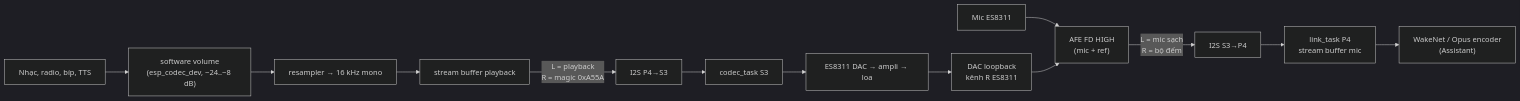
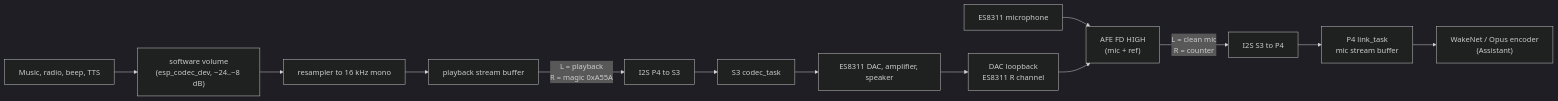
The second of 2 diagrams in docs/ARCHITECTURE.md (ngttai/p4c5_sticks3_coprocessor), drawn with Mermaid (dark theme) before and after one commit. The commit also changed other lines of this file and 45 other files, not shown here.

````diff
--- a/docs/ARCHITECTURE.md
+++ b/docs/ARCHITECTURE.md
@@ -46,16 +46,16 @@
 ```mermaid
 flowchart LR
-    MIC["Mic ES8311"] --> AFE["AFE FD HIGH<br/>(mic + ref)"]
-    REF["DAC loopback<br/>kênh R ES8311"] --> AFE
-    AFE -->|"L = mic sạch<br/>R = bộ đếm"| LINKTX["I2S S3→P4"]
-    LINKTX --> RX["link_task P4<br/>stream buffer mic"]
+    MIC["ES8311 microphone"] --> AFE["AFE FD HIGH<br/>(mic + ref)"]
+    REF["DAC loopback<br/>ES8311 R channel"] --> AFE
+    AFE -->|"L = clean mic<br/>R = counter"| LINKTX["I2S S3 to P4"]
+    LINKTX --> RX["P4 link_task<br/>mic stream buffer"]
     RX --> WAKE["WakeNet / Opus encoder<br/>(Assistant)"]
 
-    APP["Nhạc, radio, bíp, TTS"] --> VOL["software volume<br/>(esp_codec_dev, −24..−8 dB)"]
-    VOL --> RS["resampler → 16 kHz mono"]
-    RS --> PSB["stream buffer playback"]
-    PSB -->|"L = playback<br/>R = magic 0xA55A"| LINKRX["I2S P4→S3"]
-    LINKRX --> CODEC["codec_task S3"]
-    CODEC --> DAC["ES8311 DAC → ampli → loa"]
+    APP["Music, radio, beep, TTS"] --> VOL["software volume<br/>(esp_codec_dev, −24..−8 dB)"]
+    VOL --> RS["resampler to 16 kHz mono"]
+    RS --> PSB["playback stream buffer"]
+    PSB -->|"L = playback<br/>R = magic 0xA55A"| LINKRX["I2S P4 to S3"]
+    LINKRX --> CODEC["S3 codec_task"]
+    CODEC --> DAC["ES8311 DAC, amplifier, speaker"]
     DAC --> REF
 ```
````
